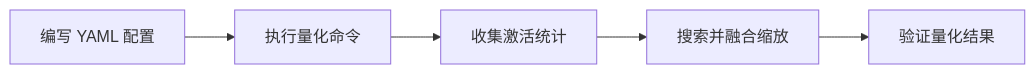
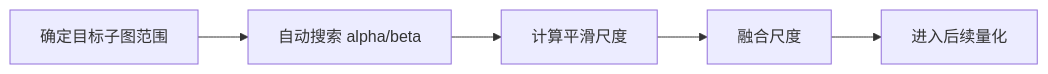
The diagram in msmodelslim/docs/zh/knowledge_base/quantization_algorithms/flex_smooth_quant/usage_flex_smooth_quant.md (mindstudio-docs/master), drawn with Mermaid before and after one commit. The commit also changed other lines of this file and 73 other files, not shown here.

````diff
--- a/msmodelslim/docs/zh/knowledge_base/quantization_algorithms/flex_smooth_quant/usage_flex_smooth_quant.md
+++ b/msmodelslim/docs/zh/knowledge_base/quantization_algorithms/flex_smooth_quant/usage_flex_smooth_quant.md
@@ -42,7 +24,7 @@
 ```mermaid
 flowchart LR
-    A[编写 YAML 配置] --> B[执行量化命令]
-    B --> C[收集激活统计]
-    C --> D[搜索并融合缩放]
-    D --> E[验证量化结果]
+    A[确定目标子图范围] --> B[自动搜索 alpha/beta]
+    B[自动搜索 alpha/beta] --> C[计算平滑尺度]
+    C[计算平滑尺度] --> D[融合尺度]
+    D[融合尺度] --> E[进入后续量化]
 ```
````
